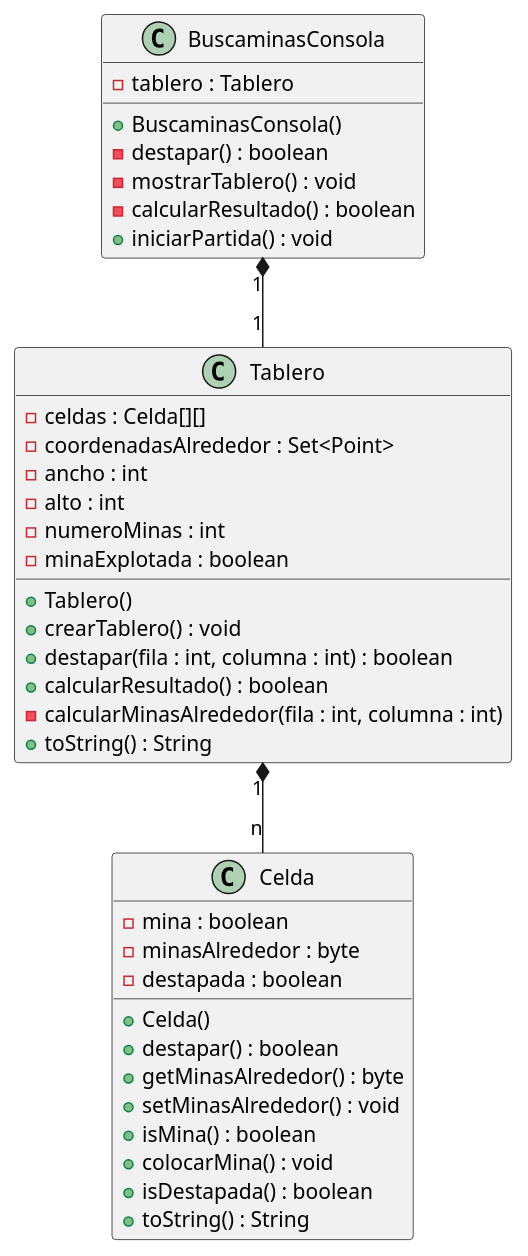
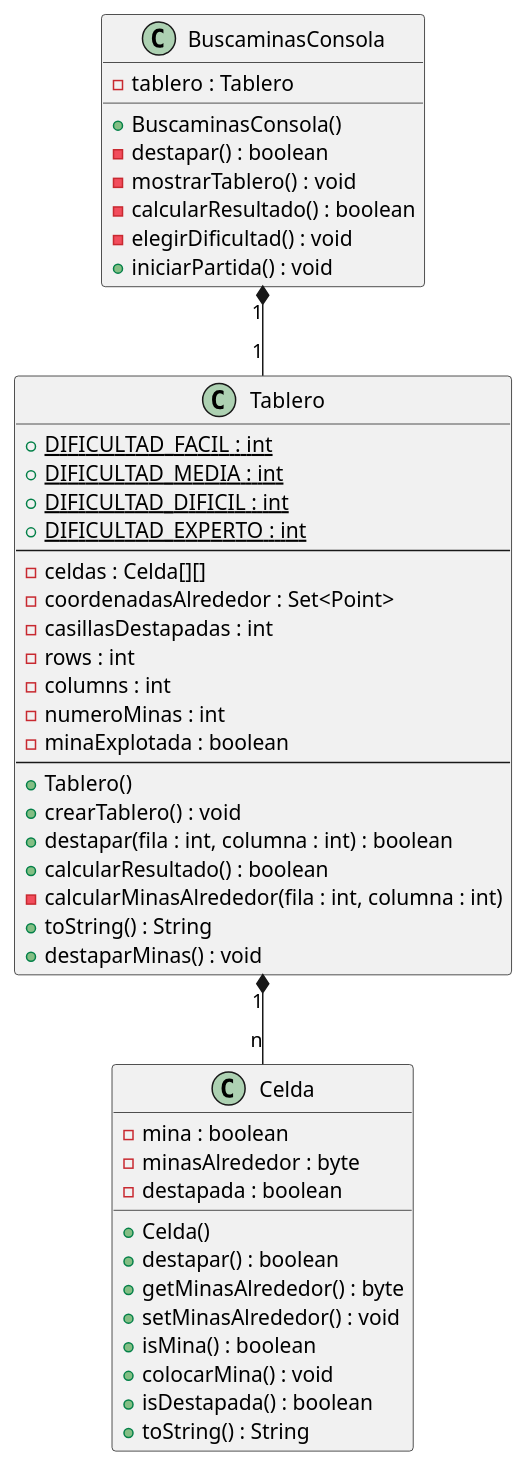
One commit to elprofesoremilio/DAM1_2425_Java changed the diagram in src/EjerciciosClase/Buscaminas/Buscaminas.puml. Above: the diagram before and after it, drawn with PlantUML. The commit also changed 3 other files, not shown here.

```diff
--- a/src/EjerciciosClase/Buscaminas/Buscaminas.puml
+++ b/src/EjerciciosClase/Buscaminas/Buscaminas.puml
@@ -1,46 +1,54 @@
 @startuml
 class BuscaminasConsola {
     -tablero : Tablero
 
     +BuscaminasConsola()
     -destapar() : boolean
     -mostrarTablero() : void
     -calcularResultado() : boolean
+    -elegirDificultad() : void
     +iniciarPartida() : void
 }
 
 class Tablero {
+    + {static} DIFICULTAD_FACIL : int
+    + {static} DIFICULTAD_MEDIA : int
+    + {static} DIFICULTAD_DIFICIL : int
+    + {static} DIFICULTAD_EXPERTO : int
+    ---
     -celdas : Celda[][]
     -coordenadasAlrededor : Set<Point>
-    -ancho : int
-    -alto : int
+    -casillasDestapadas : int
+    -rows : int
+    -columns : int
     -numeroMinas : int
     -minaExplotada : boolean
-
+    ---
     +Tablero()
     +crearTablero() : void
     +destapar(fila : int, columna : int) : boolean
     +calcularResultado() : boolean
     -calcularMinasAlrededor(fila : int, columna : int)
     +toString() : String
+    +destaparMinas() : void
 }
 
 class Celda {
     -mina : boolean
     -minasAlrededor : byte
     -destapada : boolean
 
     +Celda()
     +destapar() : boolean
     +getMinasAlrededor() : byte
     +setMinasAlrededor() : void
     +isMina() : boolean
     +colocarMina() : void
     +isDestapada() : boolean
     +toString() : String
 }
 
 Tablero "1" *-- "n" Celda
 BuscaminasConsola "1" *-- "1" Tablero
 
 @enduml
```
